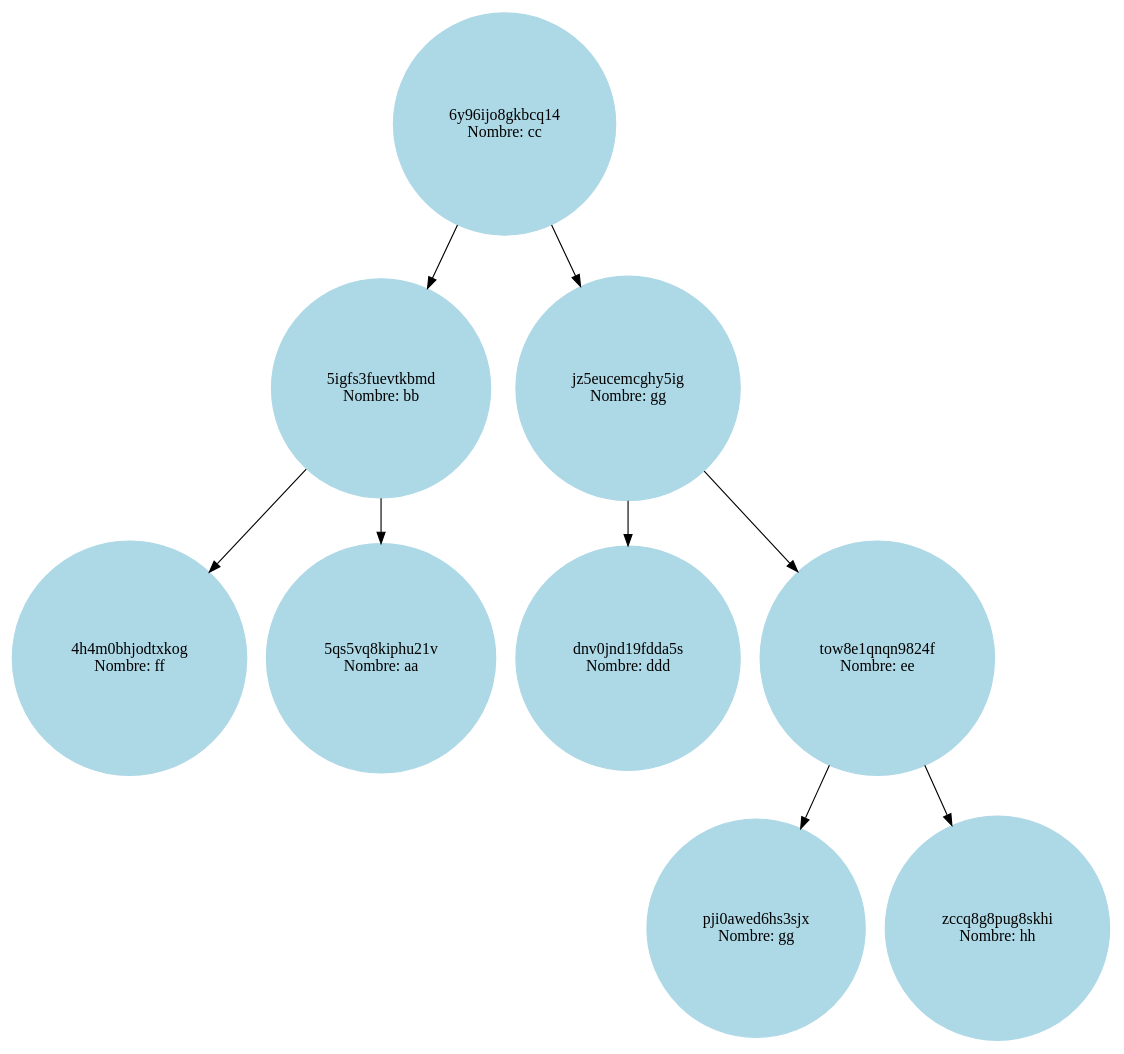
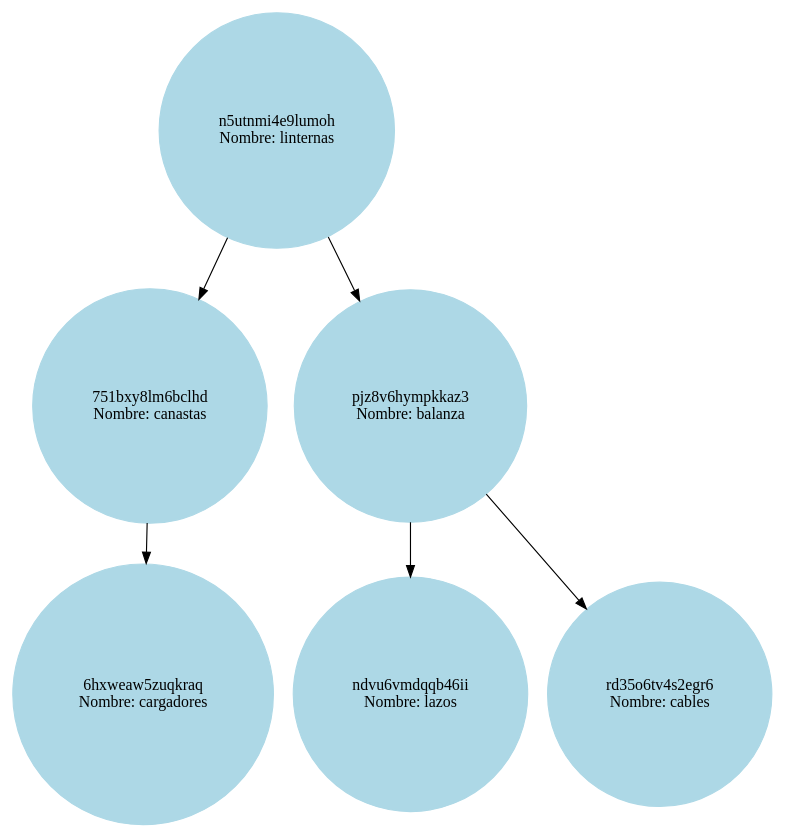
The diagram in proyecyo-1/cmake-build-debug/user_avl_report.dot (BrigidoAlvarado/proyecto-1-EDD-EVD-24), drawn with Graphviz before and after one commit. The commit also changed 16 other files, not shown here.

```diff
--- a/proyecyo-1/cmake-build-debug/user_avl_report.dot
+++ b/proyecyo-1/cmake-build-debug/user_avl_report.dot
@@ -1,20 +1,14 @@
 digraph userAvlTree {
 node [shape=circle, style=filled, color=lightblue];
-    "6y96ijo8gkbcq14" [label="6y96ijo8gkbcq14\nNombre: cc"];
-    "6y96ijo8gkbcq14" -> "5igfs3fuevtkbmd";
-    "5igfs3fuevtkbmd" [label="5igfs3fuevtkbmd\nNombre: bb"];
-    "5igfs3fuevtkbmd" -> "4h4m0bhjodtxkog";
-    "4h4m0bhjodtxkog" [label="4h4m0bhjodtxkog\nNombre: ff"];
-    "5igfs3fuevtkbmd" -> "5qs5vq8kiphu21v";
-    "5qs5vq8kiphu21v" [label="5qs5vq8kiphu21v\nNombre: aa"];
-    "6y96ijo8gkbcq14" -> "jz5eucemcghy5ig";
-    "jz5eucemcghy5ig" [label="jz5eucemcghy5ig\nNombre: gg"];
-    "jz5eucemcghy5ig" -> "dnv0jnd19fdda5s";
-    "dnv0jnd19fdda5s" [label="dnv0jnd19fdda5s\nNombre: ddd"];
-    "jz5eucemcghy5ig" -> "tow8e1qnqn9824f";
-    "tow8e1qnqn9824f" [label="tow8e1qnqn9824f\nNombre: ee"];
-    "tow8e1qnqn9824f" -> "pji0awed6hs3sjx";
-    "pji0awed6hs3sjx" [label="pji0awed6hs3sjx\nNombre: gg"];
-    "tow8e1qnqn9824f" -> "zccq8g8pug8skhi";
-    "zccq8g8pug8skhi" [label="zccq8g8pug8skhi\nNombre: hh"];
+    "n5utnmi4e9lumoh" [label="n5utnmi4e9lumoh\nNombre: linternas"];
+    "n5utnmi4e9lumoh" -> "751bxy8lm6bclhd";
+    "751bxy8lm6bclhd" [label="751bxy8lm6bclhd\nNombre: canastas"];
+    "751bxy8lm6bclhd" -> "6hxweaw5zuqkraq";
+    "6hxweaw5zuqkraq" [label="6hxweaw5zuqkraq\nNombre: cargadores"];
+    "n5utnmi4e9lumoh" -> "pjz8v6hympkkaz3";
+    "pjz8v6hympkkaz3" [label="pjz8v6hympkkaz3\nNombre: balanza"];
+    "pjz8v6hympkkaz3" -> "ndvu6vmdqqb46ii";
+    "ndvu6vmdqqb46ii" [label="ndvu6vmdqqb46ii\nNombre: lazos"];
+    "pjz8v6hympkkaz3" -> "rd35o6tv4s2egr6";
+    "rd35o6tv4s2egr6" [label="rd35o6tv4s2egr6\nNombre: cables"];
 }
```
